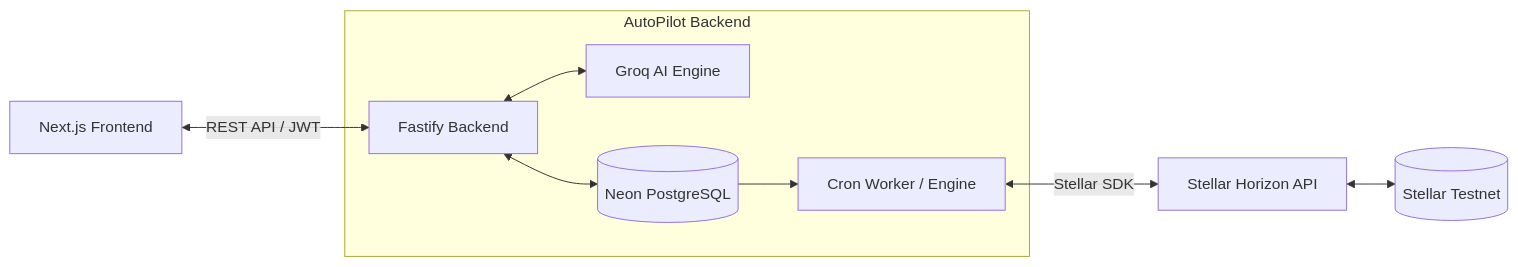
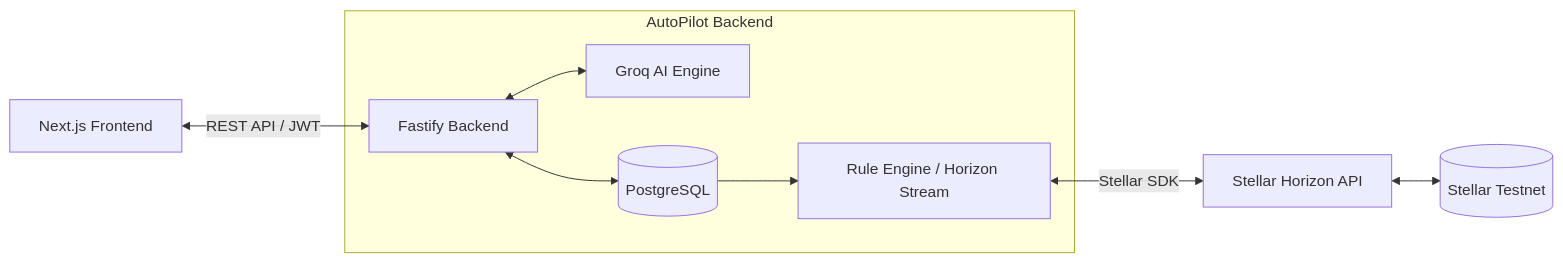
The first of 2 diagrams in README.md (thisisouvik/autopilot), drawn with Mermaid before and after one commit. The commit also changed other lines of this file and 2 other files, not shown here.

````diff
--- a/README.md
+++ b/README.md
@@ -167,13 +93,13 @@
 ```mermaid
 flowchart LR
     UI[Next.js Frontend] <-->|REST API / JWT| API[Fastify Backend]
-    
+
     subgraph AutoPilot Backend
     API <--> AI[Groq AI Engine]
-    API <--> DB[(Neon PostgreSQL)]
-    DB --> Engine[Cron Worker / Engine]
+    API <--> DB[(PostgreSQL)]
+    DB --> Engine[Rule Engine / Horizon Stream]
     end
-    
+
     Engine <-->|Stellar SDK| Horizon[Stellar Horizon API]
     Horizon <--> Blockchain[(Stellar Testnet)]
 ```
````
